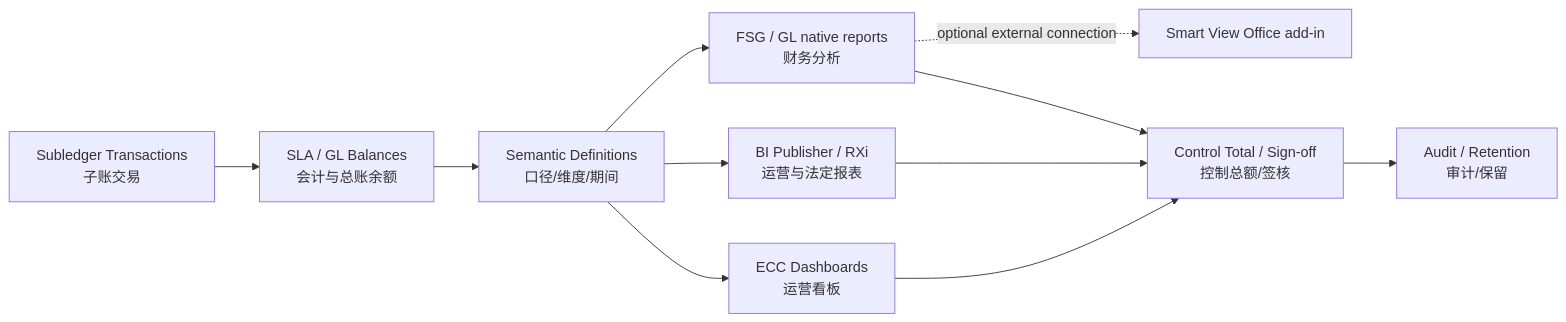
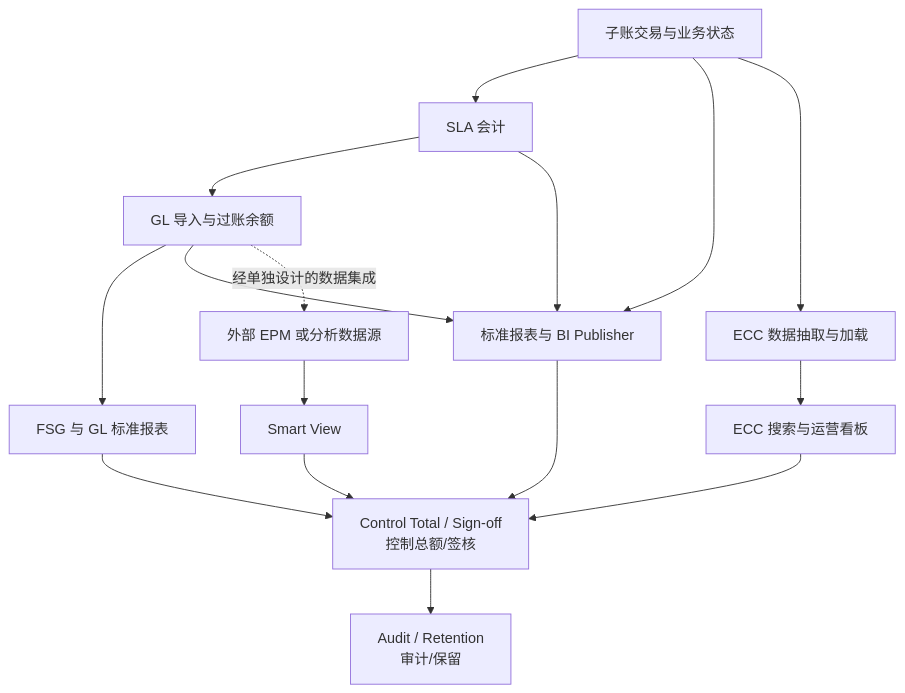
The first of 7 diagrams in docs/08-reporting-governance.md (YaodongJava/oracle-ebs), drawn with Mermaid before and after one commit. The commit also changed other lines of this file and 1 other file, not shown here.

````diff
--- a/docs/08-reporting-governance.md
+++ b/docs/08-reporting-governance.md
@@ -17,13 +20,18 @@
 ```mermaid
-flowchart LR
-    TX[Subledger Transactions\n子账交易] --> SLA[SLA / GL Balances\n会计与总账余额]
-    SLA --> SEM[Semantic Definitions\n口径/维度/期间]
-    SEM --> FSG[FSG / GL native reports\n财务分析]
-    FSG -. optional external connection .-> SV[Smart View Office add-in]
-    SEM --> BIP[BI Publisher / RXi\n运营与法定报表]
-    SEM --> ECC[ECC Dashboards\n运营看板]
+flowchart TB
+    TX[子账交易与业务状态] --> XLA[SLA 会计]
+    XLA --> GL[GL 导入与过账余额]
+    GL --> FSG[FSG 与 GL 标准报表]
+    TX --> BIP[标准报表与 BI Publisher]
+    XLA --> BIP
+    GL --> BIP
+    TX --> LOAD[ECC 数据抽取与加载]
+    LOAD --> ECC[ECC 搜索与运营看板]
+    GL -. 经单独设计的数据集成 .-> EXT[外部 EPM 或分析数据源]
+    EXT --> SV[Smart View]
     FSG --> CTRL[Control Total / Sign-off\n控制总额/签核]
     BIP --> CTRL
     ECC --> CTRL
+    SV --> CTRL
     CTRL --> AUD[Audit / Retention\n审计/保留]
 ```
````
